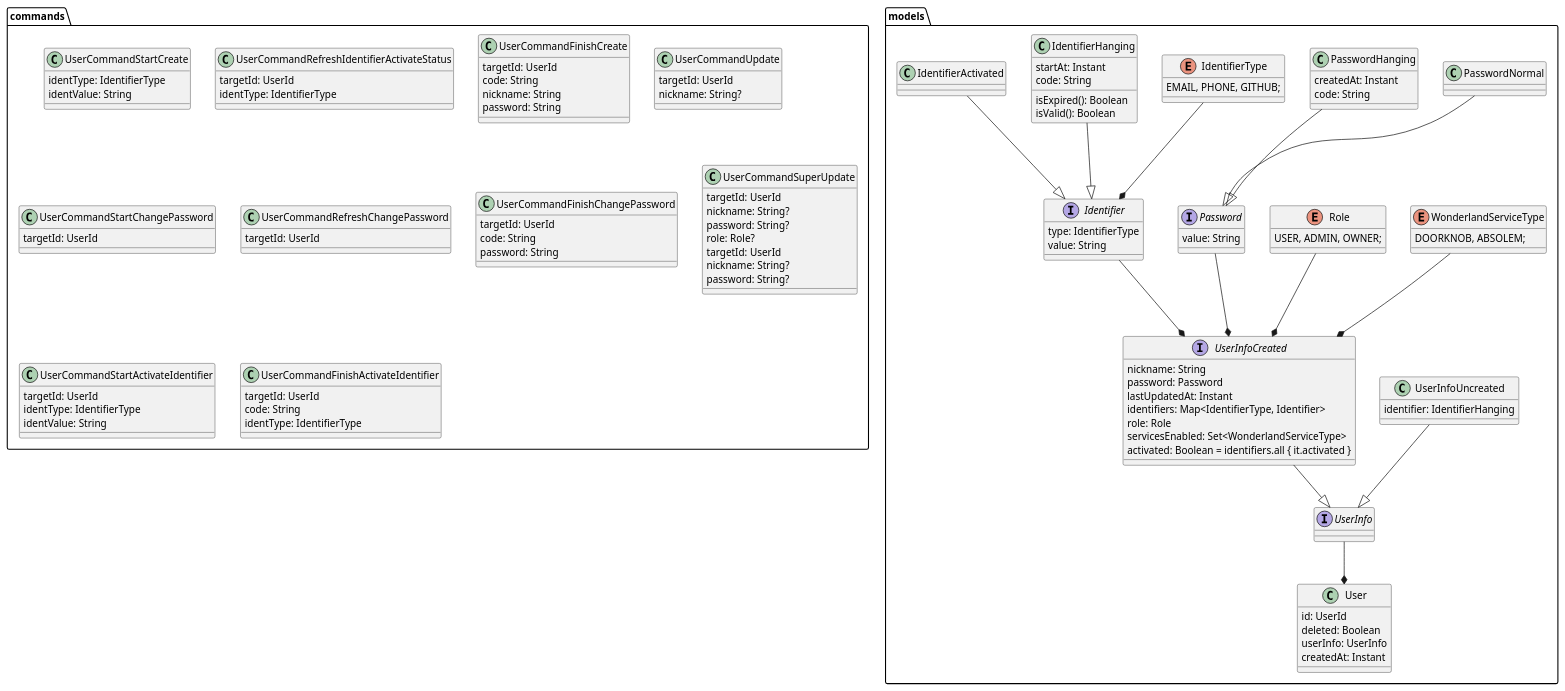
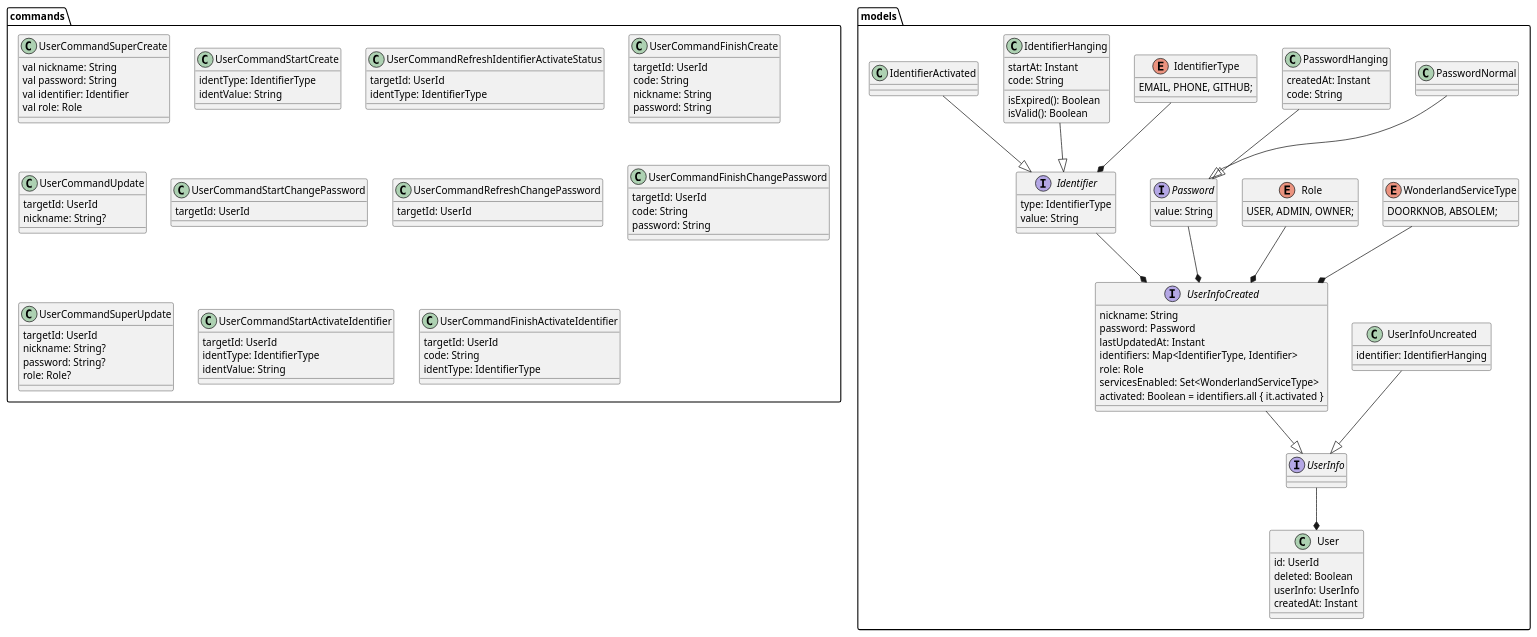
Before and after one commit to alices-wonderland/doorknob: diagram 18 of 18 in docs/docs/features.md, drawn with PlantUML. The commit also changed 7 other files, not shown here.

```diff
--- a/docs/docs/features.md
+++ b/docs/docs/features.md
@@ -649,6 +649,13 @@
 }
 
 package commands {
+  class UserCommandSuperCreate {
+    val nickname: String
+    val password: String
+    val identifier: Identifier
+    val role: Role
+  }
+
   class UserCommandStartCreate {
     identType: IdentifierType
     identValue: String
@@ -692,12 +699,6 @@
     role: Role?
   }
 
-  class UserCommandSuperUpdate {
-    targetId: UserId
-    nickname: String?
-    password: String?
-  }
-
   class UserCommandStartActivateIdentifier {
     targetId: UserId
     identType: IdentifierType
```
